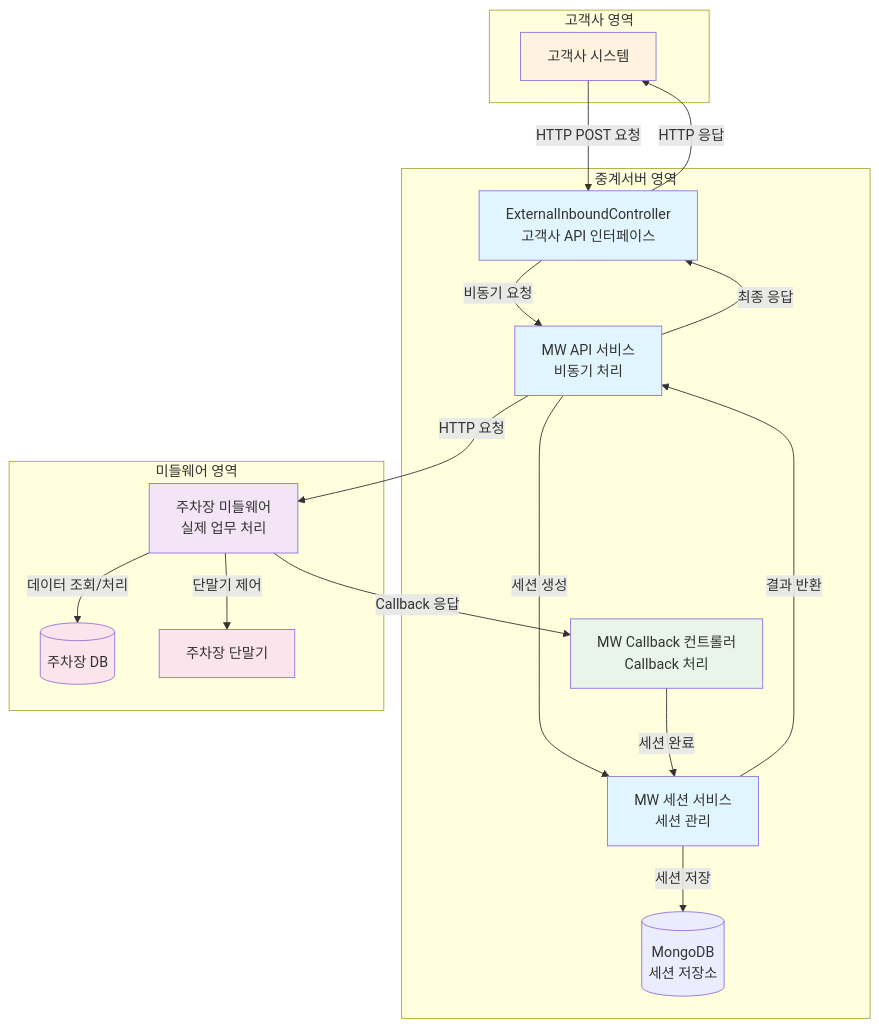
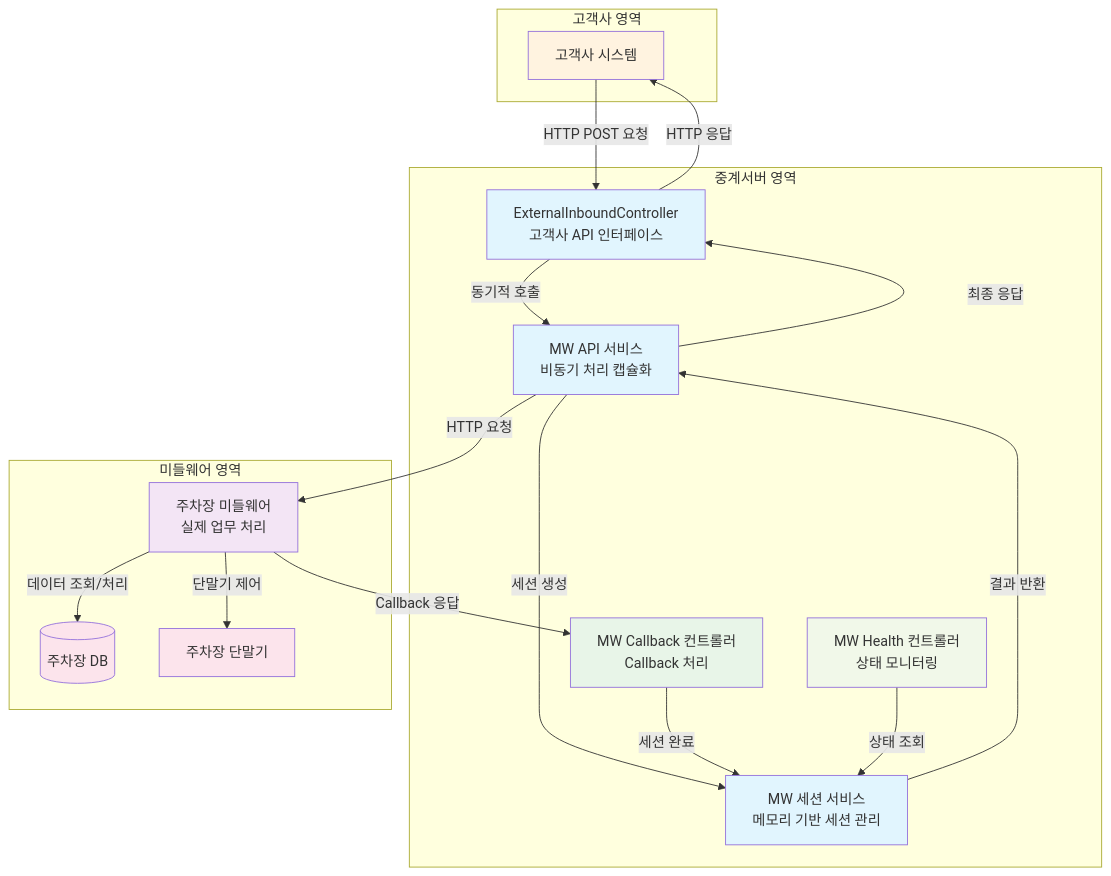
One commit to hongsoonmyung/test changed the diagram in npsh.md. Above: the diagram before and after it, drawn with Mermaid. The commit also changed other lines of this file, not shown here.

````diff
--- a/npsh.md
+++ b/npsh.md
@@ -25,48 +27,51 @@
 ```mermaid
 graph TB
     subgraph "고객사 영역"
         Client[고객사 시스템]
     end
     
     subgraph "중계서버 영역"
         Relay[ExternalInboundController<br/>고객사 API 인터페이스]
-        MWService[MW API 서비스<br/>비동기 처리]
-        SessionService[MW 세션 서비스<br/>세션 관리]
+        MWService[MW API 서비스<br/>비동기 처리 캡슐화]
+        SessionService[MW 세션 서비스<br/>메모리 기반 세션 관리]
         CallbackController[MW Callback 컨트롤러<br/>Callback 처리]
-        MongoDB[(MongoDB<br/>세션 저장소)]
+        HealthController[MW Health 컨트롤러<br/>상태 모니터링]
     end
     
     subgraph "미들웨어 영역"
         MW[주차장 미들웨어<br/>실제 업무 처리]
         ParkingDB[(주차장 DB)]
         Terminal[주차장 단말기]
     end
     
     Client -->|HTTP POST 요청| Relay
-    Relay -->|비동기 요청| MWService
+    Relay -->|동기적 호출| MWService
     MWService -->|세션 생성| SessionService
-    SessionService -->|세션 저장| MongoDB
     MWService -->|HTTP 요청| MW
     MW -->|데이터 조회/처리| ParkingDB
     MW -->|단말기 제어| Terminal
     MW -->|Callback 응답| CallbackController
     CallbackController -->|세션 완료| SessionService
     SessionService -->|결과 반환| MWService
     MWService -->|최종 응답| Relay
     Relay -->|HTTP 응답| Client
     
+    HealthController -->|상태 조회| SessionService
+    
     classDef relayStyle fill:#e1f5fe
     classDef mwStyle fill:#f3e5f5
     classDef callbackStyle fill:#e8f5e8
     classDef clientStyle fill:#fff3e0
     classDef parkingStyle fill:#fce4ec
+    classDef healthStyle fill:#f1f8e9
     
     class Relay relayStyle
     class MWService relayStyle
     class SessionService relayStyle
     class CallbackController callbackStyle
+    class HealthController healthStyle
     class Client clientStyle
     class MW mwStyle
     class ParkingDB parkingStyle
     class Terminal parkingStyle
 ```
````
